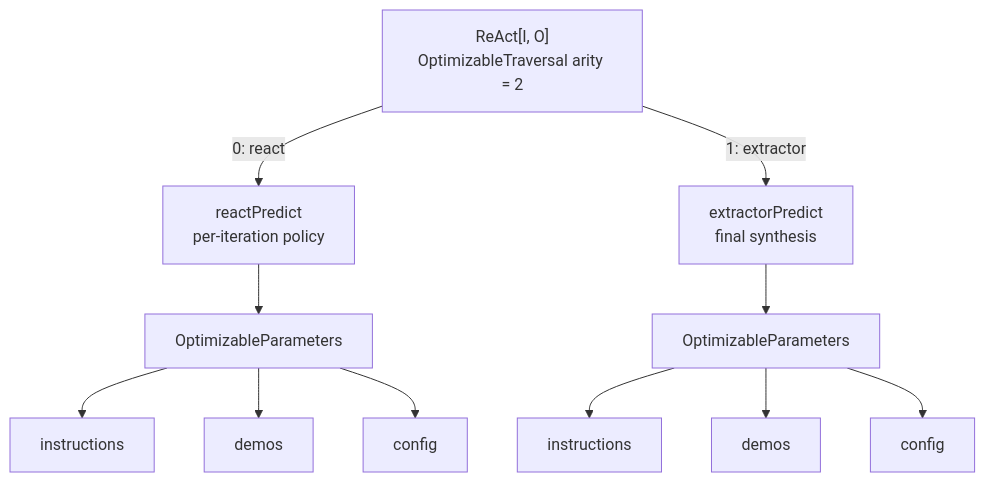
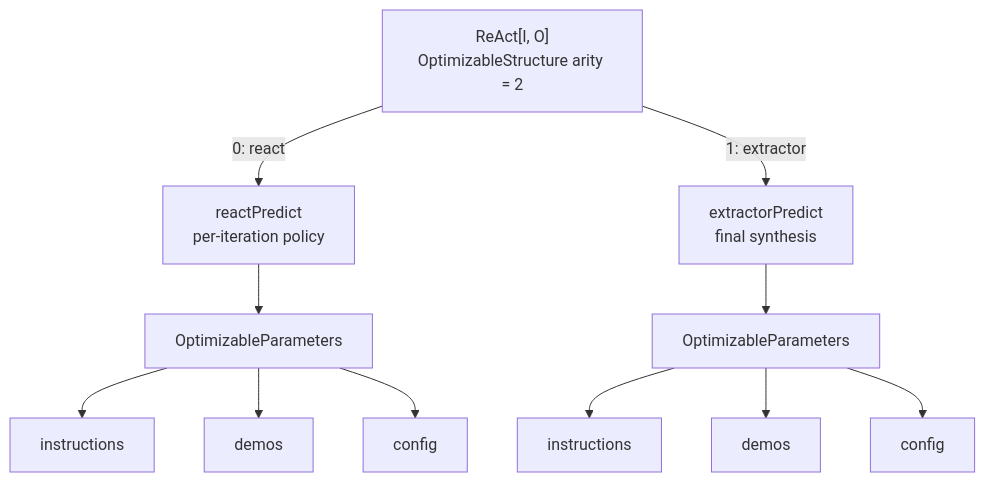
One commit to jpablo/dspy4s changed the third of 3 diagrams in modules/programs/src/main/scala/dspy4s/programs/strategies/ReAct.md. Above: the diagram before and after it, drawn with Mermaid. The commit also changed other lines of this file and 95 other files, not shown here.

Commit message:
refactor: rename optimizable traversal to structure

````diff
--- a/modules/programs/src/main/scala/dspy4s/programs/strategies/ReAct.md
+++ b/modules/programs/src/main/scala/dspy4s/programs/strategies/ReAct.md
@@ -253,17 +253,17 @@
 ```mermaid
 flowchart TD
-    root["ReAct[I, O]<br/>OptimizableTraversal arity = 2"]
+    root["ReAct[I, O]<br/>OptimizableStructure arity = 2"]
 
     root -->|"0: react"| react["reactPredict<br/>per-iteration policy"]
     root -->|"1: extractor"| extractor["extractorPredict<br/>final synthesis"]
 
     react --> reactParams["OptimizableParameters"]
     reactParams --> reactInstructions["instructions"]
     reactParams --> reactDemos["demos"]
     reactParams --> reactConfig["config"]
 
     extractor --> extractorParams["OptimizableParameters"]
     extractorParams --> extractorInstructions["instructions"]
     extractorParams --> extractorDemos["demos"]
     extractorParams --> extractorConfig["config"]
 ```
````
